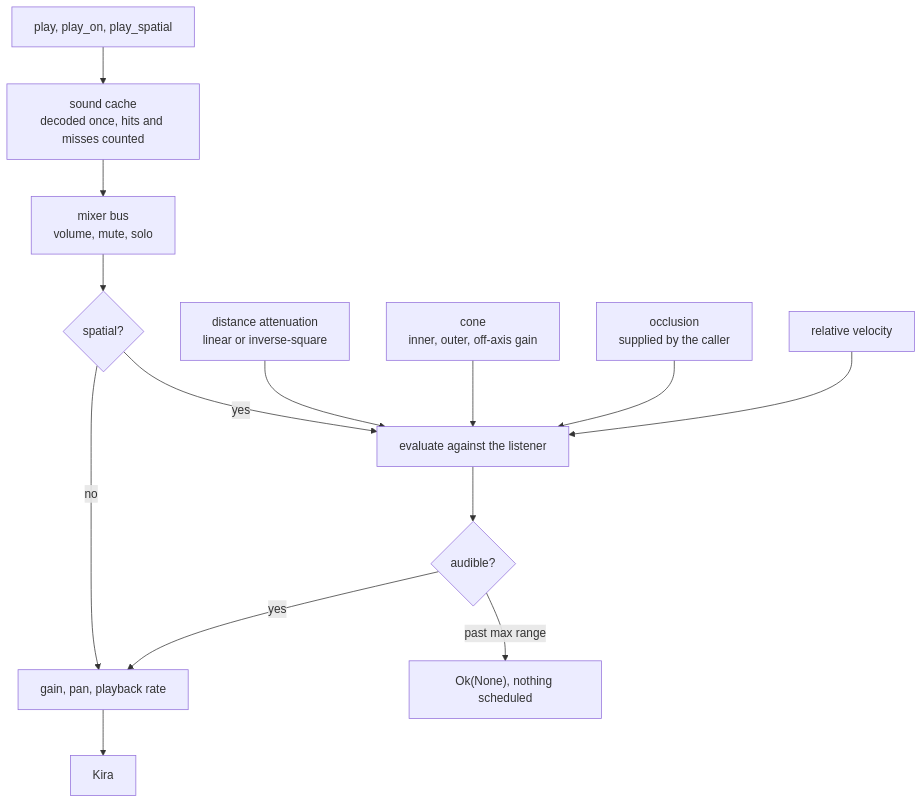
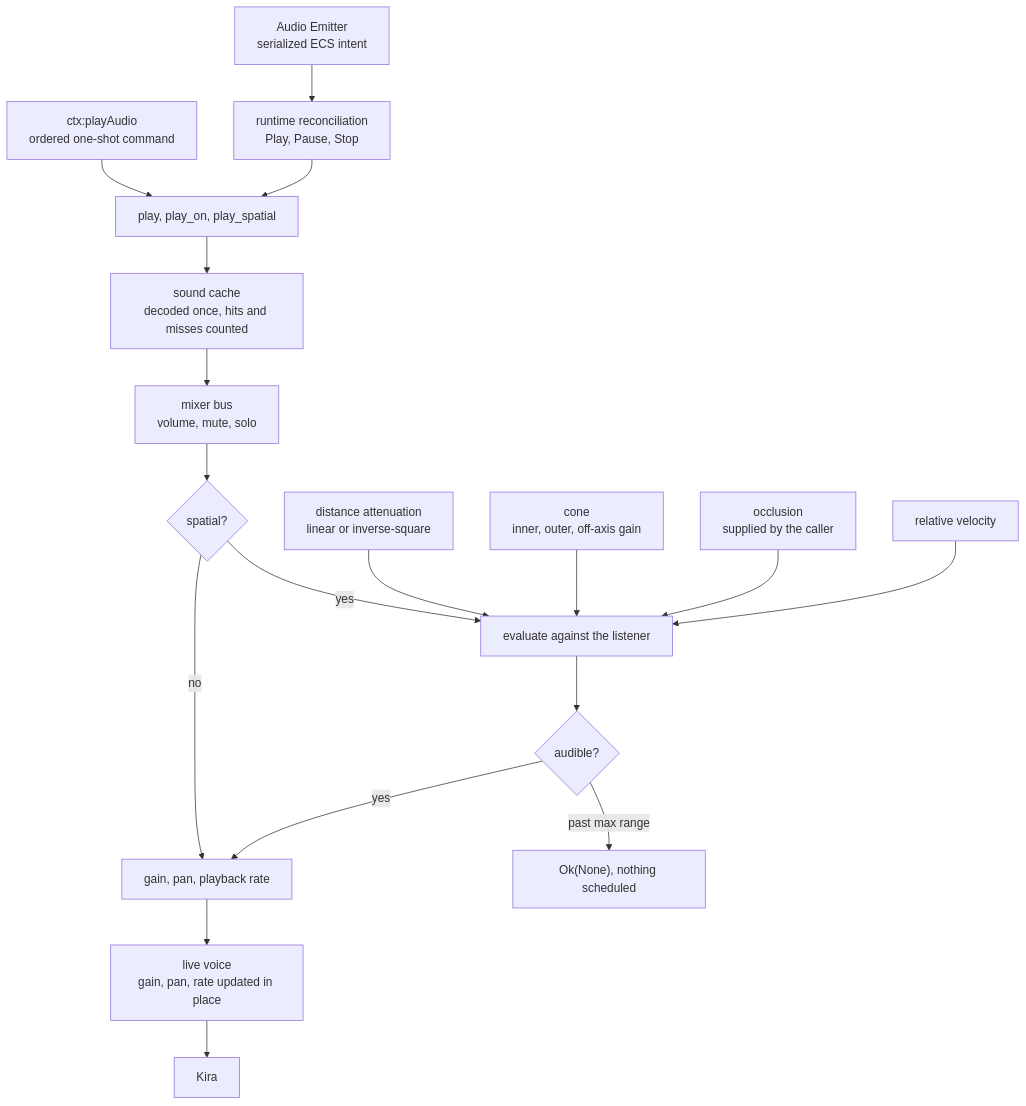
Before and after one commit to ReanSchwarzer1/SomniumEngine: diagram 22 of 24 in context.md, drawn with Mermaid. The commit also changed other lines of this file, not shown here.

````diff
--- a/context.md
+++ b/context.md
@@ -1309,18 +1343,22 @@
 ```mermaid
 flowchart TB
-    REQ["play, play_on, play_spatial"] --> CACHE["sound cache<br/>decoded once, hits and misses counted"]
+    AUTHOR["Audio Emitter<br/>serialized ECS intent"] --> RECON["runtime reconciliation<br/>Play, Pause, Stop"]
+    SCRIPT["ctx:playAudio<br/>ordered one-shot command"] --> REQ["play, play_on, play_spatial"]
+    RECON --> REQ
+    REQ --> CACHE["sound cache<br/>decoded once, hits and misses counted"]
     CACHE --> BUS["mixer bus<br/>volume, mute, solo"]
     BUS --> SPATIAL{"spatial?"}
     SPATIAL -->|no| SET
     SPATIAL -->|yes| EVAL["evaluate against the listener"]
 
     DIST["distance attenuation<br/>linear or inverse-square"] --> EVAL
     CONE["cone<br/>inner, outer, off-axis gain"] --> EVAL
     OCC["occlusion<br/>supplied by the caller"] --> EVAL
     VEL["relative velocity"] --> EVAL
 
     EVAL --> AUD{"audible?"}
     AUD -->|"past max range"| NONE["Ok(None), nothing scheduled"]
     AUD -->|yes| SET["gain, pan, playback rate"]
-    SET --> KIRA["Kira"]
+    SET --> VOICE["live voice<br/>gain, pan, rate updated in place"]
+    VOICE --> KIRA["Kira"]
 ```
````
